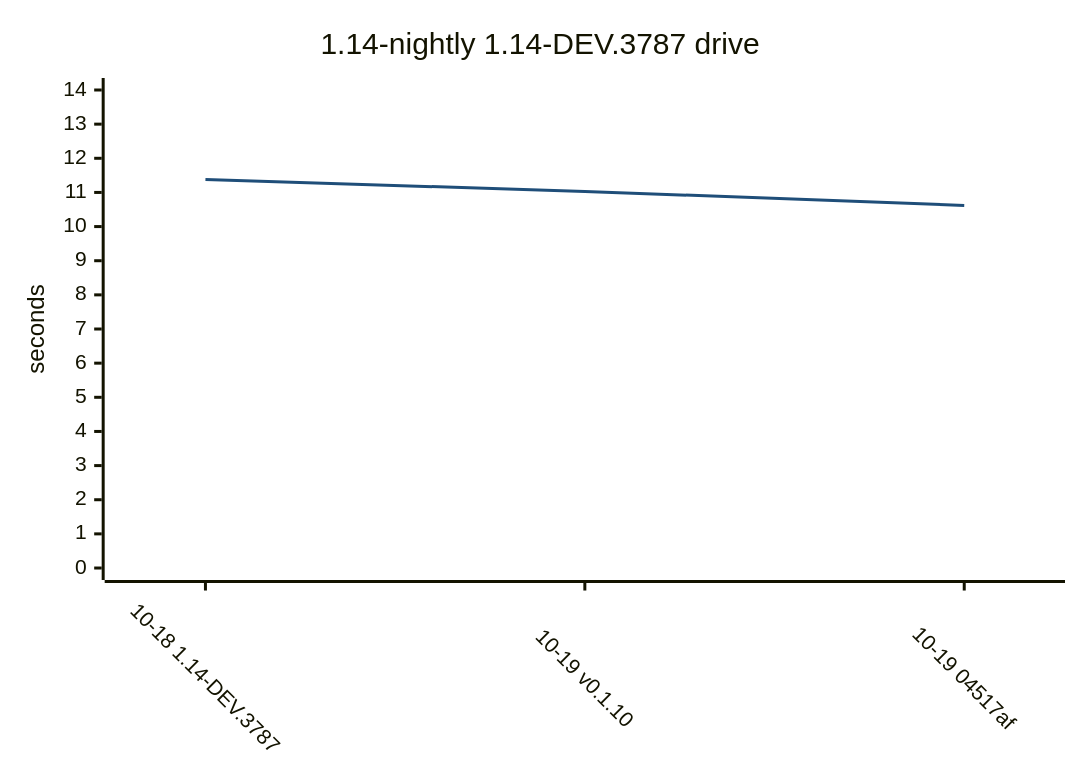
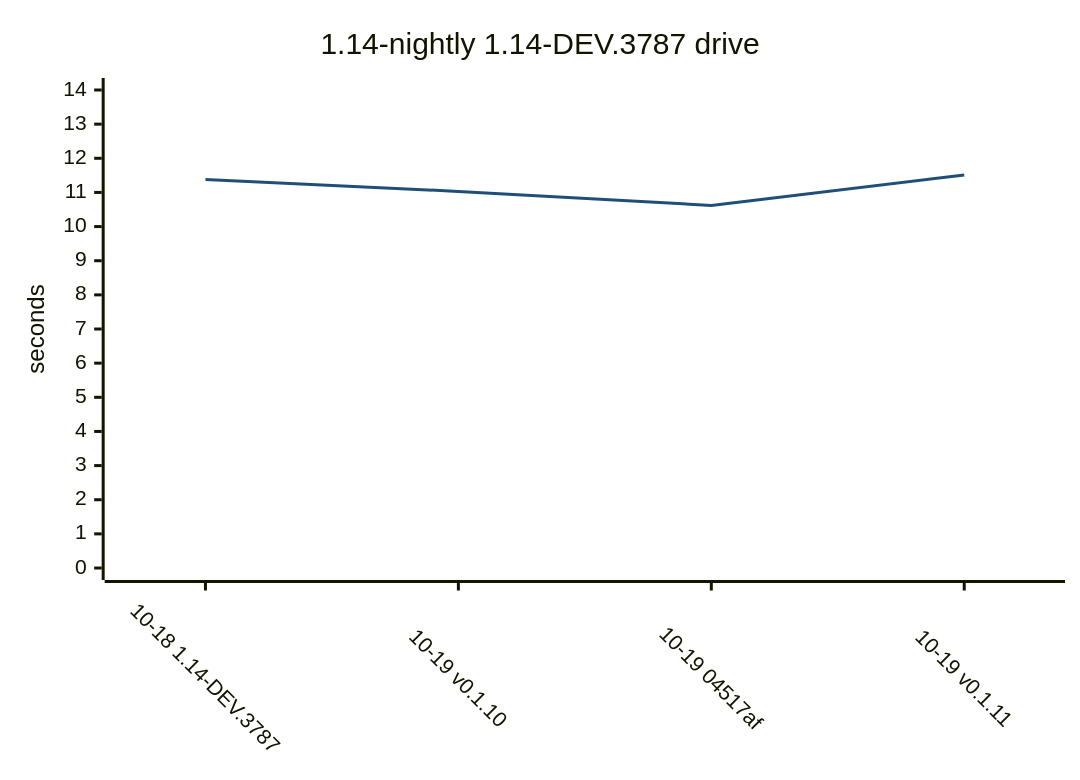
The sixth of 9 diagrams in README.md (yamanori99/DistSSHRun.jl), drawn with Mermaid before and after one commit. The commit also changed other lines of this file and 1 other file, not shown here.

````diff
--- a/README.md
+++ b/README.md
@@ -196,17 +197,17 @@
 ```mermaid
 ---
 config:
   theme: base
   themeVariables:
     xyChart:
       plotColorPalette: "#1f4e79"
   xyChart:
     xAxis:
       labelRotation: 45
 ---
 xychart-beta
     title "1.14-nightly 1.14-DEV.3787 drive"
-    x-axis ["10-18 1.14-DEV.3787", "10-19 v0.1.10", "10-19 04517af"]
+    x-axis ["10-18 1.14-DEV.3787", "10-19 v0.1.10", "10-19 04517af", "10-19 v0.1.11"]
     y-axis "seconds" 0 --> 14
-    line [11.38, 11.03, 10.62]
+    line [11.38, 11.03, 10.62, 11.51]
 ```
````
